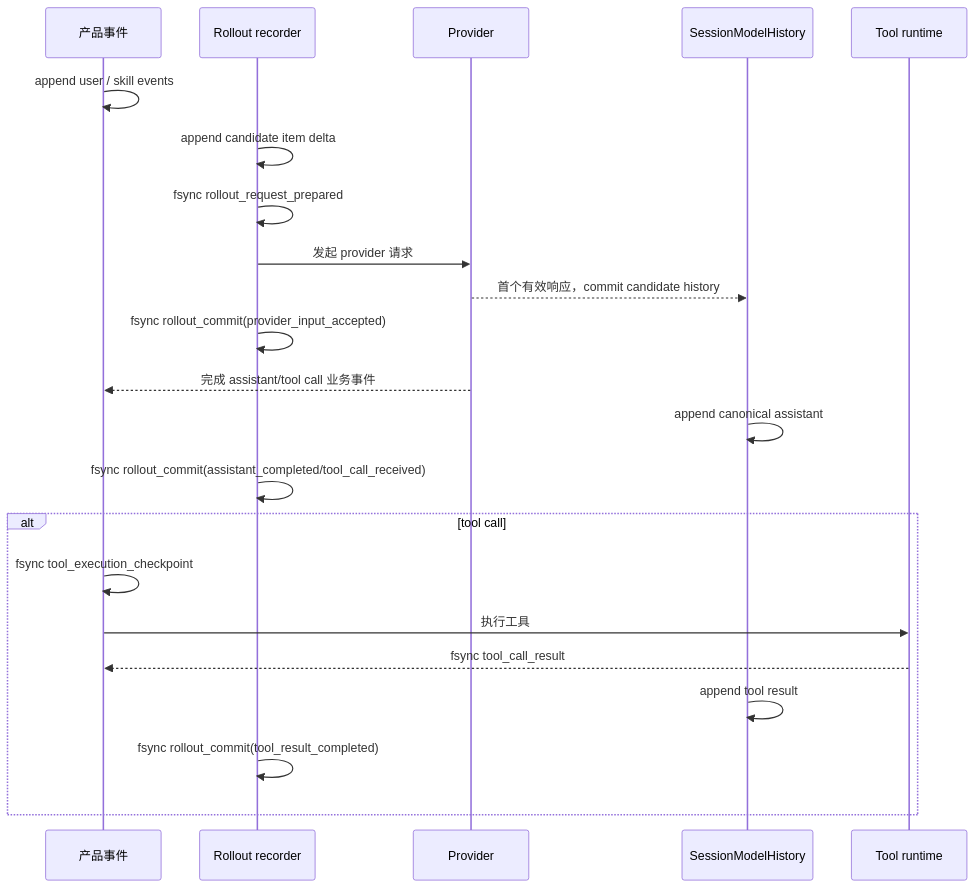
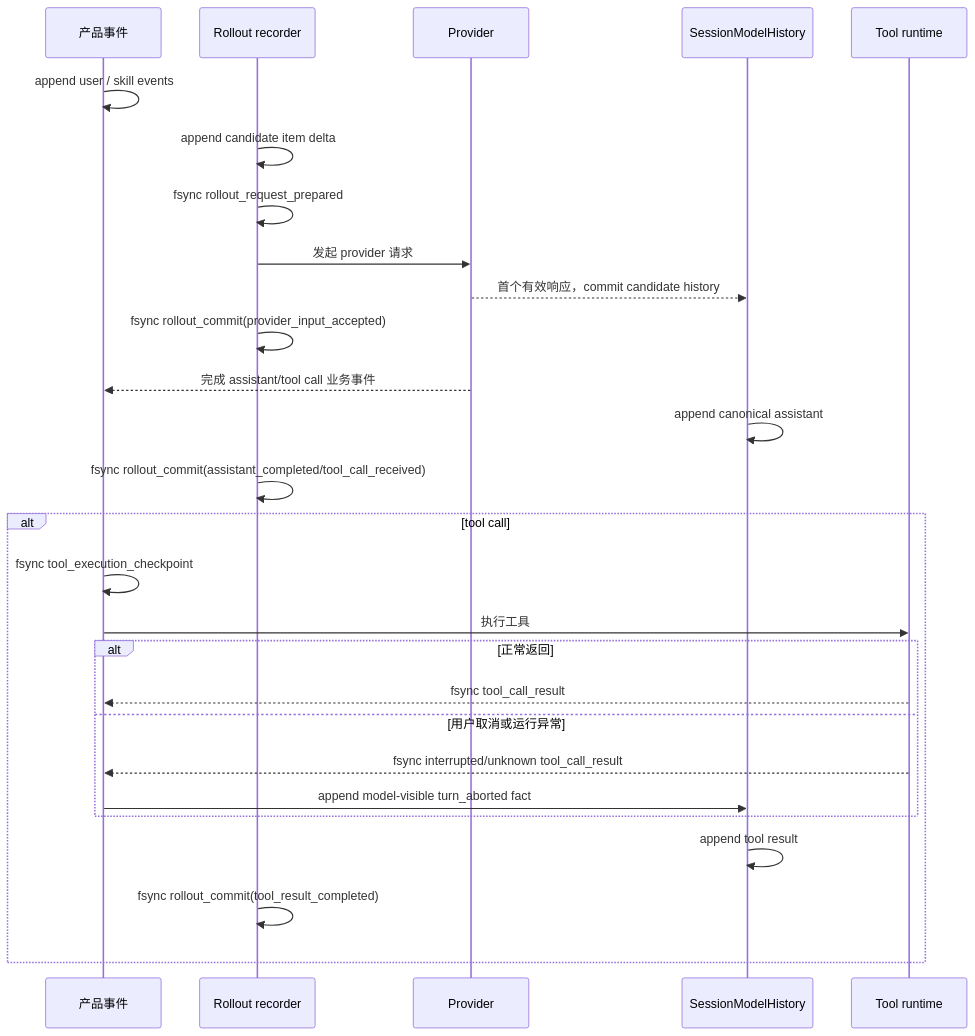
Before and after one commit to A1m233/agent-friend: the second of 2 diagrams in docs/requirements/113-session-rollout-persistence-and-recovery/design.md, drawn with Mermaid. The commit also changed other lines of this file and 23 other files, not shown here.

````diff
--- a/docs/requirements/113-session-rollout-persistence-and-recovery/design.md
+++ b/docs/requirements/113-session-rollout-persistence-and-recovery/design.md
@@ -121,25 +121,30 @@
 ```mermaid
 sequenceDiagram
     participant U as 产品事件
     participant R as Rollout recorder
     participant P as Provider
     participant H as SessionModelHistory
     participant T as Tool runtime
 
     U->>U: append user / skill events
     R->>R: append candidate item delta
     R->>R: fsync rollout_request_prepared
     R->>P: 发起 provider 请求
     P-->>H: 首个有效响应，commit candidate history
     R->>R: fsync rollout_commit(provider_input_accepted)
     P-->>U: 完成 assistant/tool call 业务事件
     H->>H: append canonical assistant
     R->>R: fsync rollout_commit(assistant_completed/tool_call_received)
     alt tool call
         U->>U: fsync tool_execution_checkpoint
         U->>T: 执行工具
-        T-->>U: fsync tool_call_result
+        alt 正常返回
+            T-->>U: fsync tool_call_result
+        else 用户取消或运行异常
+            T-->>U: fsync interrupted/unknown tool_call_result
+            U->>H: append model-visible turn_aborted fact
+        end
         H->>H: append tool result
         R->>R: fsync rollout_commit(tool_result_completed)
     end
 ```
````
